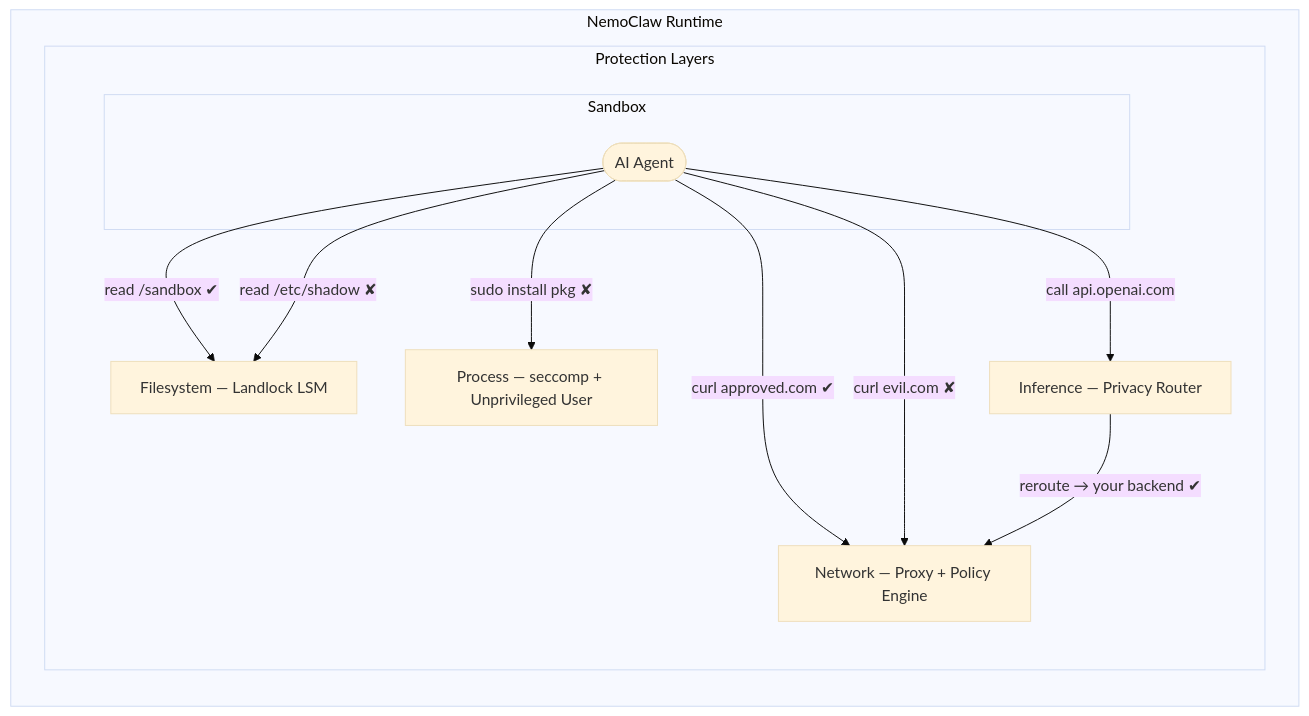
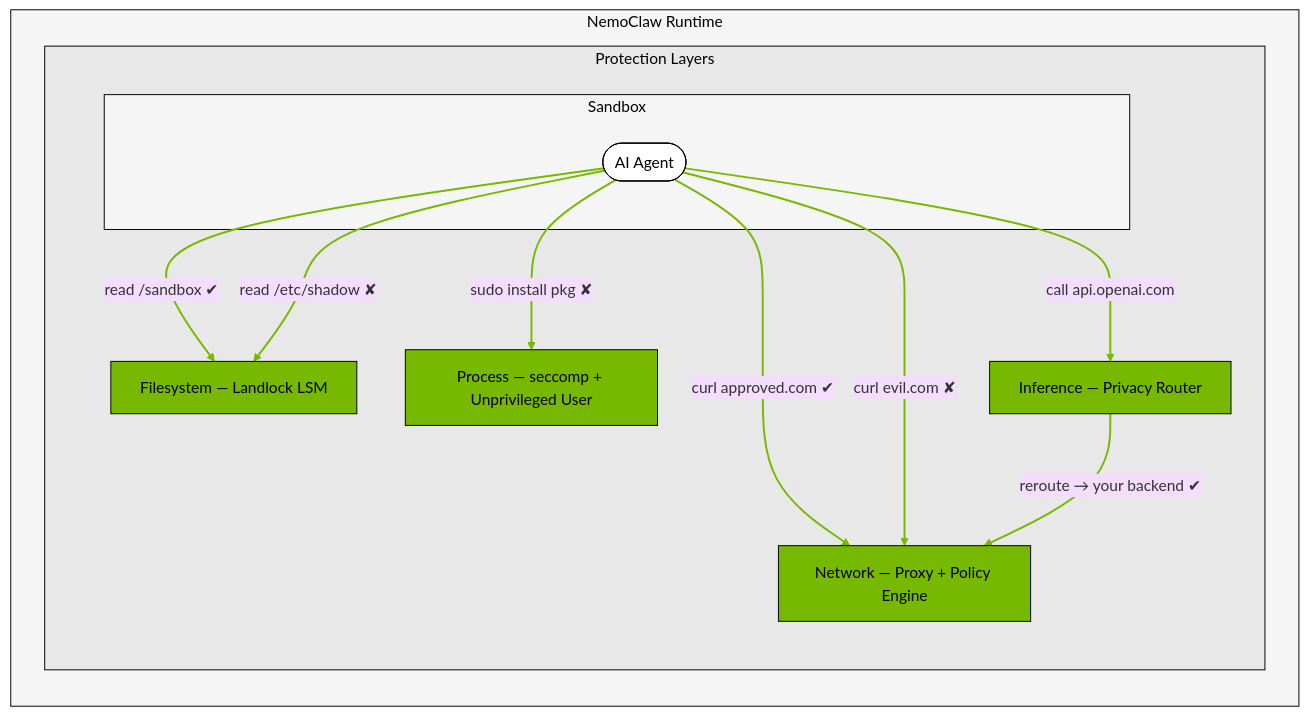
One commit to NVIDIA/OpenShell changed the diagram in docs/safety-and-privacy/index.md. Above: the diagram before and after it, drawn with Mermaid (base theme). The commit also changed 13 other files, not shown here.

````diff
--- a/docs/safety-and-privacy/index.md
+++ b/docs/safety-and-privacy/index.md
@@ -12,27 +12,38 @@
 ```{mermaid}
 graph TB
     subgraph runtime["NemoClaw Runtime"]
         direction TB
 
         subgraph layers["Protection Layers"]
             direction TB
 
             fs["Filesystem — Landlock LSM"]
             net["Network — Proxy + Policy Engine"]
             proc["Process — seccomp + Unprivileged User"]
             inf["Inference — Privacy Router"]
 
             subgraph sandbox["Sandbox"]
                 agent(["AI Agent"])
             end
         end
     end
 
     agent -- "read /sandbox ✔" --> fs
     agent -- "read /etc/shadow ✘" --> fs
     agent -- "curl approved.com ✔" --> net
     agent -- "curl evil.com ✘" --> net
     agent -- "sudo install pkg ✘" --> proc
     agent -- "call api.openai.com" --> inf
     inf -- "reroute → your backend ✔" --> net
+
+    style runtime fill:#f5f5f5,stroke:#000000,color:#000000
+    style layers fill:#e8e8e8,stroke:#000000,color:#000000
+    style sandbox fill:#f5f5f5,stroke:#000000,color:#000000
+    style agent fill:#ffffff,stroke:#000000,color:#000000
+    style fs fill:#76b900,stroke:#000000,color:#000000
+    style net fill:#76b900,stroke:#000000,color:#000000
+    style proc fill:#76b900,stroke:#000000,color:#000000
+    style inf fill:#76b900,stroke:#000000,color:#000000
+
+    linkStyle default stroke:#76b900,stroke-width:2px
 ```
````
